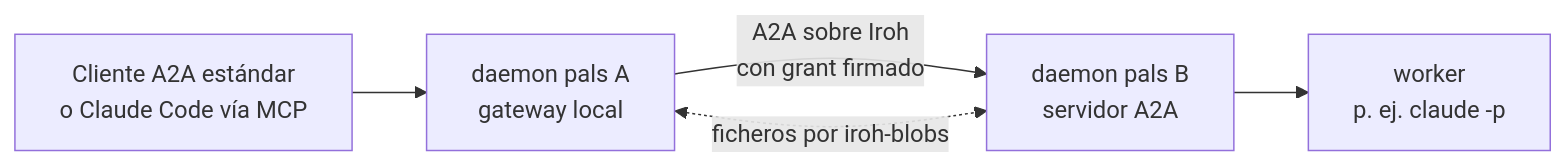
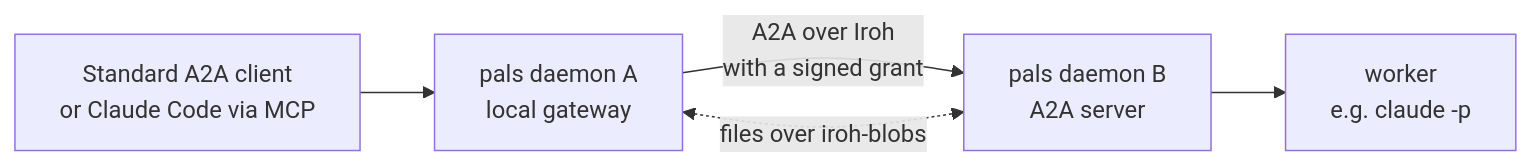
The diagram in README.md (rosepetal-ai/rosepetal-pals), drawn with Mermaid before and after one commit. The commit also changed other lines of this file and 3 other files, not shown here.

````diff
--- a/README.md
+++ b/README.md
@@ -22,7 +26,7 @@
 ```mermaid
 flowchart LR
-  C["Cliente A2A estándar<br/>o Claude Code vía MCP"] --> GA["daemon pals A<br/>gateway local"]
-  GA -- "A2A sobre Iroh<br/>con grant firmado" --> B["daemon pals B<br/>servidor A2A"]
-  B --> W["worker<br/>p. ej. claude -p"]
-  GA <-. "ficheros por iroh-blobs" .-> B
+  C["Standard A2A client<br/>or Claude Code via MCP"] --> GA["pals daemon A<br/>local gateway"]
+  GA -- "A2A over Iroh<br/>with a signed grant" --> B["pals daemon B<br/>A2A server"]
+  B --> W["worker<br/>e.g. claude -p"]
+  GA <-. "files over iroh-blobs" .-> B
 ```
````
